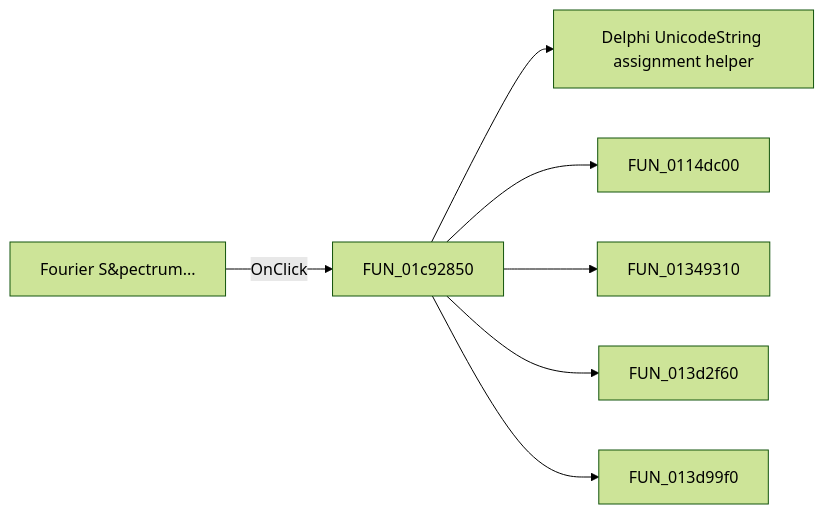
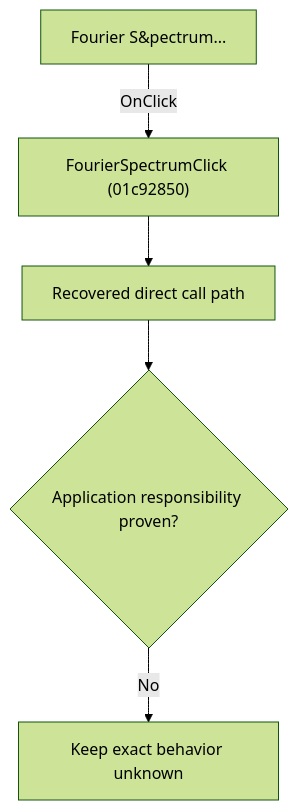
The diagram in docs/ui-controls/schematiceditor/fourierspectrum-c41bc2e293.md (MovGP0/TIARA), drawn with Mermaid (forest theme) before and after one commit. The commit also changed other lines of this file and 1062 other files, not shown here.

````diff
--- a/docs/ui-controls/schematiceditor/fourierspectrum-c41bc2e293.md
+++ b/docs/ui-controls/schematiceditor/fourierspectrum-c41bc2e293.md
@@ -27,9 +27,7 @@
 ```mermaid
-flowchart LR
-    control["Fourier S&pectrum..."] -->|OnClick| handler["FUN_01c92850"]
-    handler --> call1["Delphi UnicodeString assignment helper"]
-    handler --> call2["FUN_0114dc00"]
-    handler --> call3["FUN_01349310"]
-    handler --> call4["FUN_013d2f60"]
-    handler --> call5["FUN_013d99f0"]
+flowchart TD
+    control["Fourier S&pectrum..."] -->|"OnClick"| handler["FourierSpectrumClick (01c92850)"]
+    handler --> recovered["Recovered direct call path"]
+    recovered --> gap{"Application responsibility proven?"}
+    gap -->|"No"| blocked["Keep exact behavior unknown"]
 ```
````
